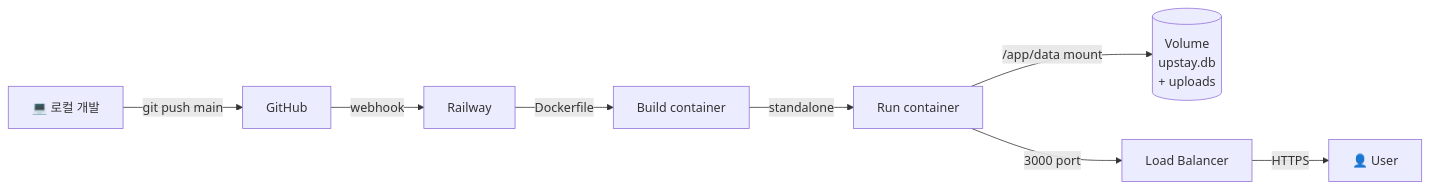
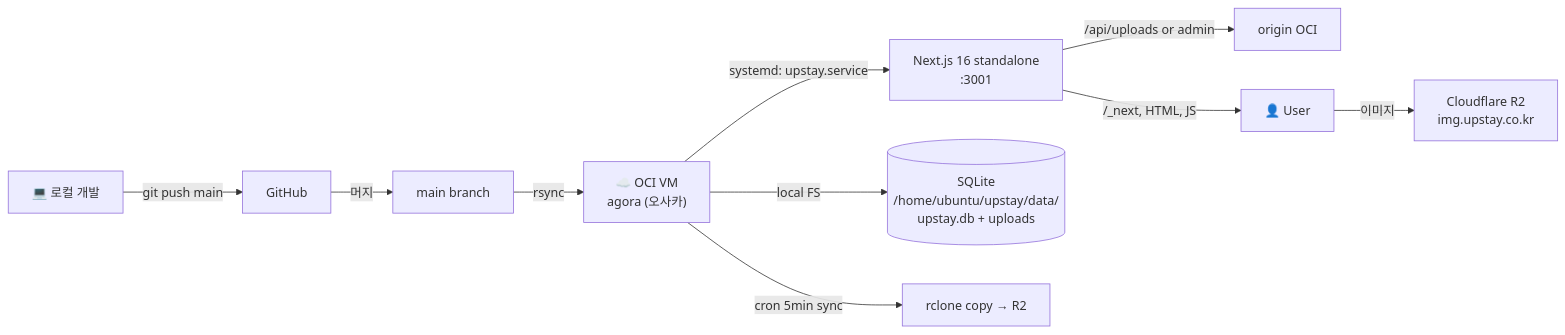
Before and after one commit to doublesilver/upstay-website: the eighth of 11 diagrams in README.md, drawn with Mermaid. The commit also changed other lines of this file and 2 other files, not shown here.

First line of the commit message:
docs: 마무리 — README OCI/R2 갱신 + CHANGES.md v3.23 + 인수확인서 (#45)

````diff
--- a/README.md
+++ b/README.md
@@ -492,10 +503,12 @@
 ```mermaid
 flowchart LR
     Dev["💻 로컬 개발"] -->|git push main| GH["GitHub"]
-    GH -->|webhook| RW["Railway"]
-    RW -->|Dockerfile| Build["Build container"]
-    Build -->|standalone| Container["Run container"]
-    Container -->|/app/data mount| Volume[("Volume<br/>upstay.db<br/>+ uploads")]
-    Container -->|3000 port| LB["Load Balancer"]
-    LB -->|HTTPS| User["👤 User"]
+    GH -->|머지| Main["main branch"]
+    Main -->|rsync| OCI["☁️ OCI VM<br/>agora (오사카)"]
+    OCI -->|systemd: upstay.service| App["Next.js 16 standalone<br/>:3001"]
+    App -->|/api/uploads or admin| Origin["origin OCI"]
+    App -->|/_next, HTML, JS| User["👤 User"]
+    User -->|이미지| R2["Cloudflare R2<br/>img.upstay.co.kr"]
+    OCI -->|local FS| SQLite[("SQLite<br/>/home/ubuntu/upstay/data/<br/>upstay.db + uploads")]
+    OCI -->|cron 5min sync| R2sync["rclone copy → R2"]
 ```
````
